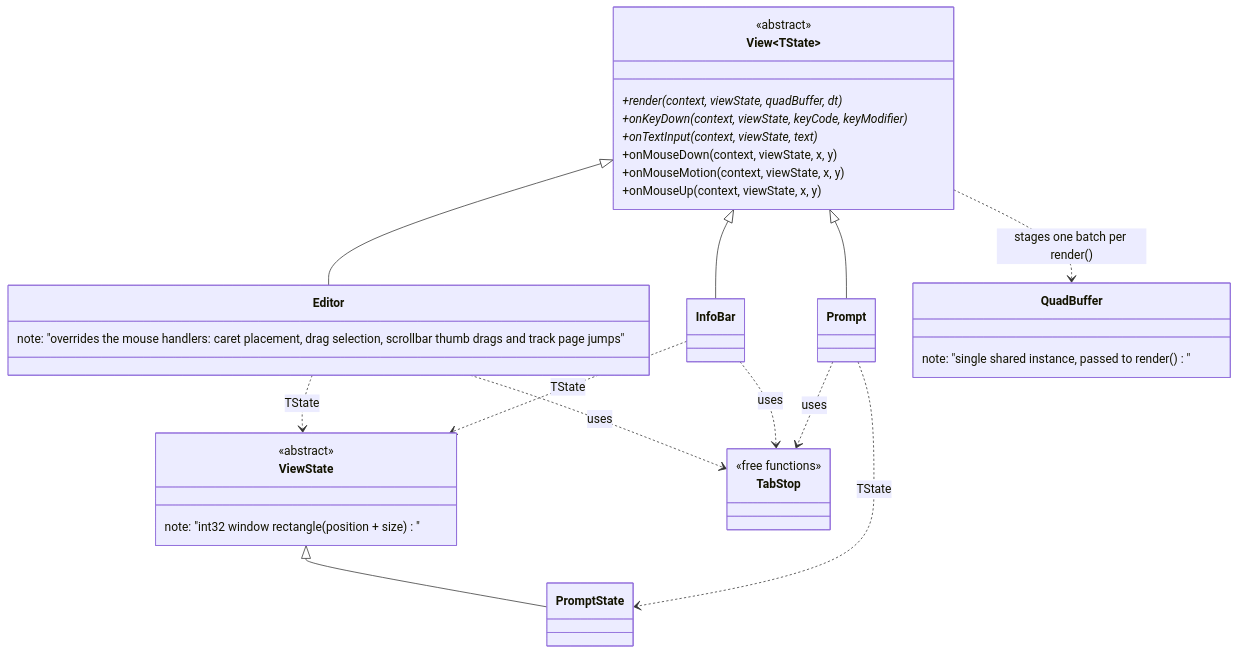
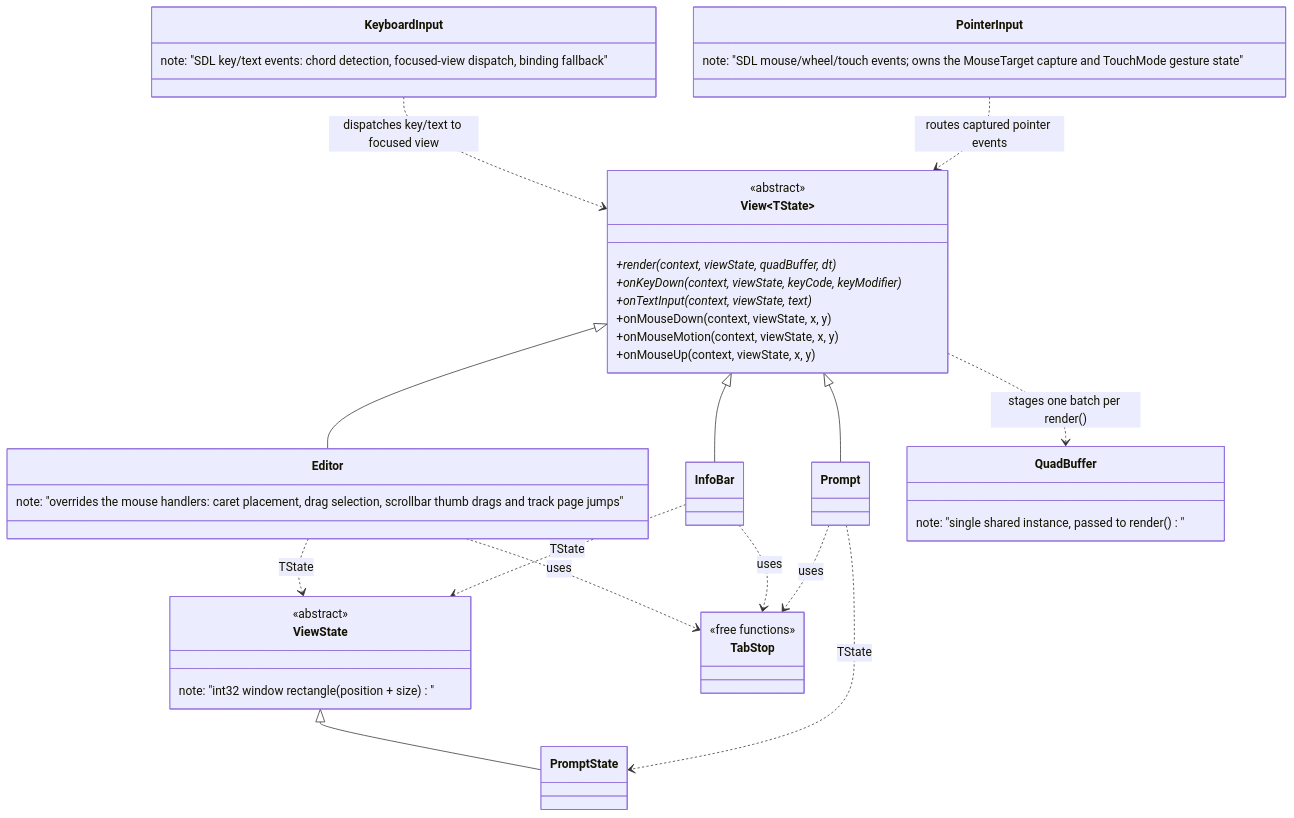
The eighth of 10 diagrams in docs/class_diagram.md (notnotme/bbloc), drawn with Mermaid before and after one commit. The commit also changed other lines of this file and 9 other files, not shown here.

First line of the commit message:
Extract SDL event handling into input classes

````diff
--- a/docs/class_diagram.md
+++ b/docs/class_diagram.md
@@ -241,40 +241,48 @@
 ```mermaid
 classDiagram
     class ViewState {
         <<abstract>>
         note: "int32 window rectangle (position + size)"
     }
     class PromptState
     class View~TState~ {
         <<abstract>>
         +render(context, viewState, quadBuffer, dt)*
         +onKeyDown(context, viewState, keyCode, keyModifier)*
         +onTextInput(context, viewState, text)*
         +onMouseDown(context, viewState, x, y)
         +onMouseMotion(context, viewState, x, y)
         +onMouseUp(context, viewState, x, y)
     }
     class Editor {
         note: "overrides the mouse handlers: caret placement, drag selection, scrollbar thumb drags and track page jumps"
     }
     class InfoBar
     class Prompt
     class QuadBuffer {
         note: "single shared instance, passed to render()"
     }
     class TabStop {
         <<free functions>>
     }
+    class KeyboardInput {
+        note: "SDL key/text events: chord detection, focused-view dispatch, binding fallback"
+    }
+    class PointerInput {
+        note: "SDL mouse/wheel/touch events; owns the MouseTarget capture and TouchMode gesture state"
+    }
 
     ViewState <|-- PromptState
     View~TState~ <|-- Editor
     View~TState~ <|-- InfoBar
     View~TState~ <|-- Prompt
     Editor ..> ViewState : TState
     InfoBar ..> ViewState : TState
     Prompt ..> PromptState : TState
     View~TState~ ..> QuadBuffer : stages one batch per render()
     Editor ..> TabStop : uses
     InfoBar ..> TabStop : uses
     Prompt ..> TabStop : uses
+    KeyboardInput ..> View~TState~ : dispatches key/text to focused view
+    PointerInput ..> View~TState~ : routes captured pointer events
 ```
````
